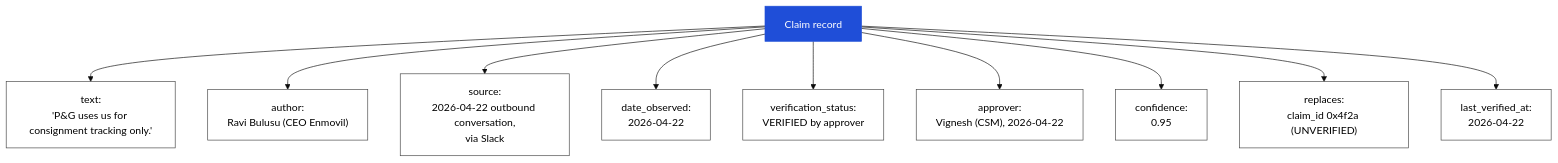
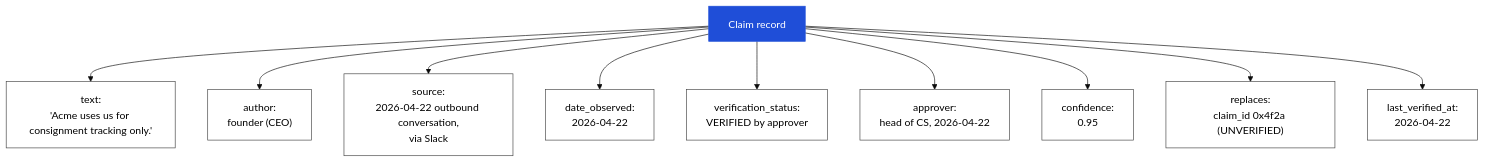
The fifth of 10 diagrams in src/data/blog/belief-based-systems.md (lazycoder1/personal-blog), drawn with Mermaid (base theme) before and after one commit. The commit also changed other lines of this file, not shown here.

````diff
--- a/src/data/blog/belief-based-systems.md
+++ b/src/data/blog/belief-based-systems.md
@@ -203,26 +203,26 @@
 ```mermaid
 flowchart TB
   classDef field fill:#fff,stroke:#444,color:#000
   classDef heading fill:#1f4ed8,stroke:#1f4ed8,color:#fff
 
   H["Claim record"]:::heading
-  T["text:<br/>'P&G uses us for consignment tracking only.'"]:::field
-  A["author:<br/>Ravi Bulusu (CEO Enmovil)"]:::field
+  T["text:<br/>'Acme uses us for consignment tracking only.'"]:::field
+  A["author:<br/>founder (CEO)"]:::field
   S["source:<br/>2026-04-22 outbound conversation,<br/>via Slack"]:::field
   D["date_observed:<br/>2026-04-22"]:::field
   V["verification_status:<br/>VERIFIED by approver"]:::field
-  Ap["approver:<br/>Vignesh (CSM), 2026-04-22"]:::field
+  Ap["approver:<br/>head of CS, 2026-04-22"]:::field
   C["confidence:<br/>0.95"]:::field
   R["replaces:<br/>claim_id 0x4f2a (UNVERIFIED)"]:::field
   L["last_verified_at:<br/>2026-04-22"]:::field
 
   H --> T
   H --> A
   H --> S
   H --> D
   H --> V
   H --> Ap
   H --> C
   H --> R
   H --> L
 ```
````
